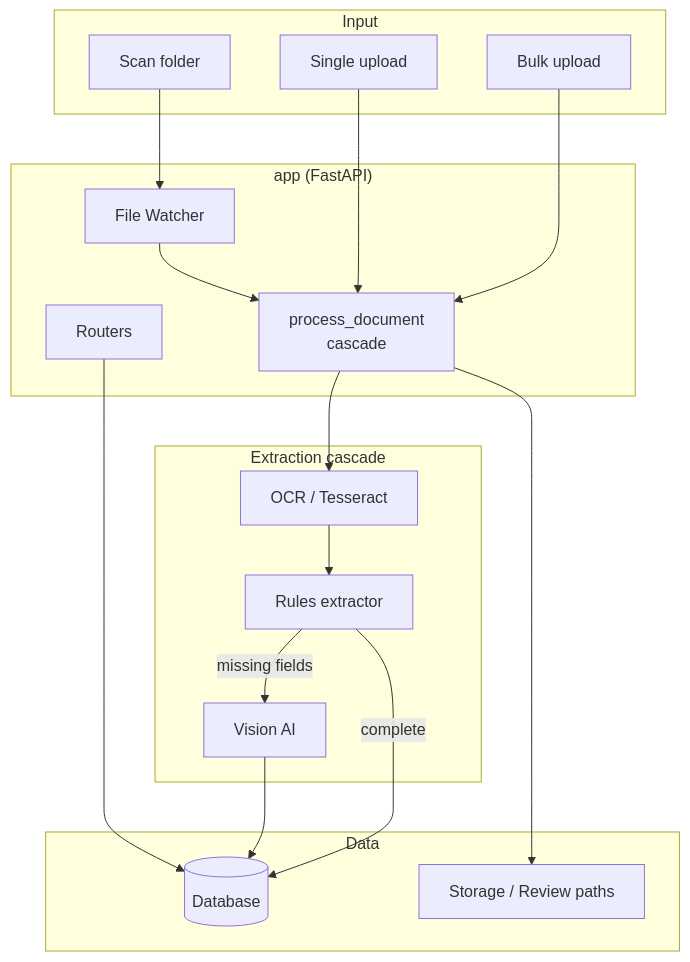
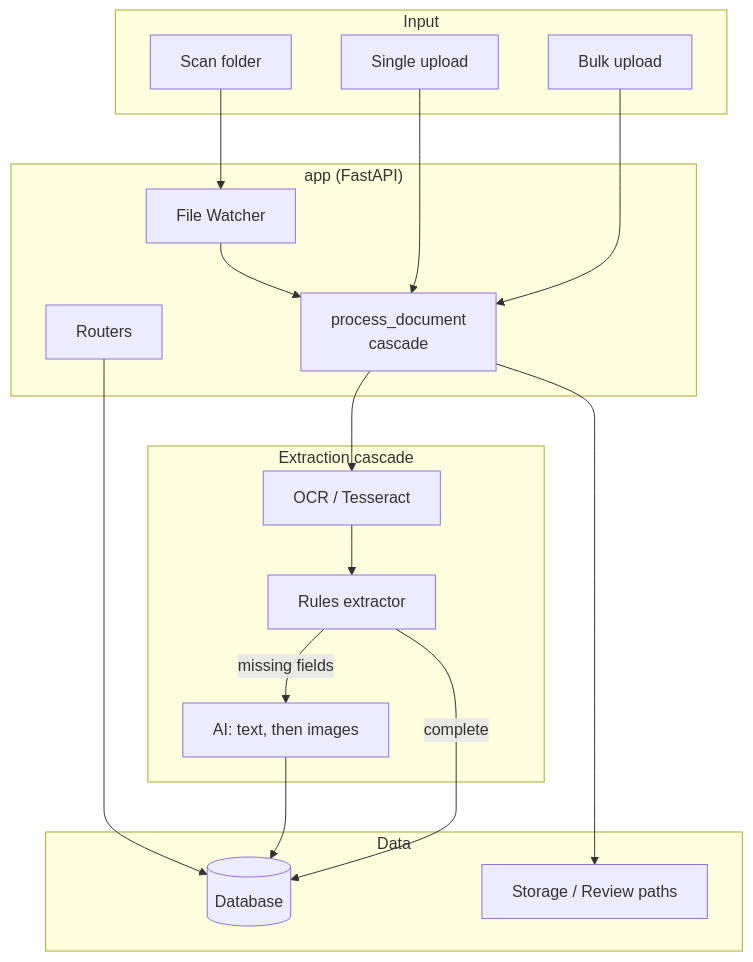
One commit to cameronsice/RelatedEduDocuServer changed the first of 2 diagrams in docs/ARCHITECTURE.md. Above: the diagram before and after it, drawn with Mermaid. The commit also changed other lines of this file and 21 other files, not shown here.

````diff
--- a/docs/ARCHITECTURE.md
+++ b/docs/ARCHITECTURE.md
@@ -13,30 +13,30 @@
 ```mermaid
 flowchart TB
     subgraph Input
         SCAN[Scan folder]
         UP[Single upload]
         BULK[Bulk upload]
     end
     subgraph App["app (FastAPI)"]
         FW[File Watcher]
         ROUTES[Routers]
         PROC[process_document\ncascade]
     end
     subgraph Tiers["Extraction cascade"]
         OCR[OCR / Tesseract]
         RULES[Rules extractor]
-        VISION[Vision AI]
+        VISION[AI: text, then images]
     end
     subgraph Data
         DB[(Database)]
         FS[Storage / Review paths]
     end
     SCAN --> FW --> PROC
     UP --> PROC
     BULK --> PROC
     PROC --> OCR --> RULES -->|missing fields| VISION
     RULES -->|complete| DB
     VISION --> DB
     PROC --> FS
     ROUTES --> DB
 ```
````
